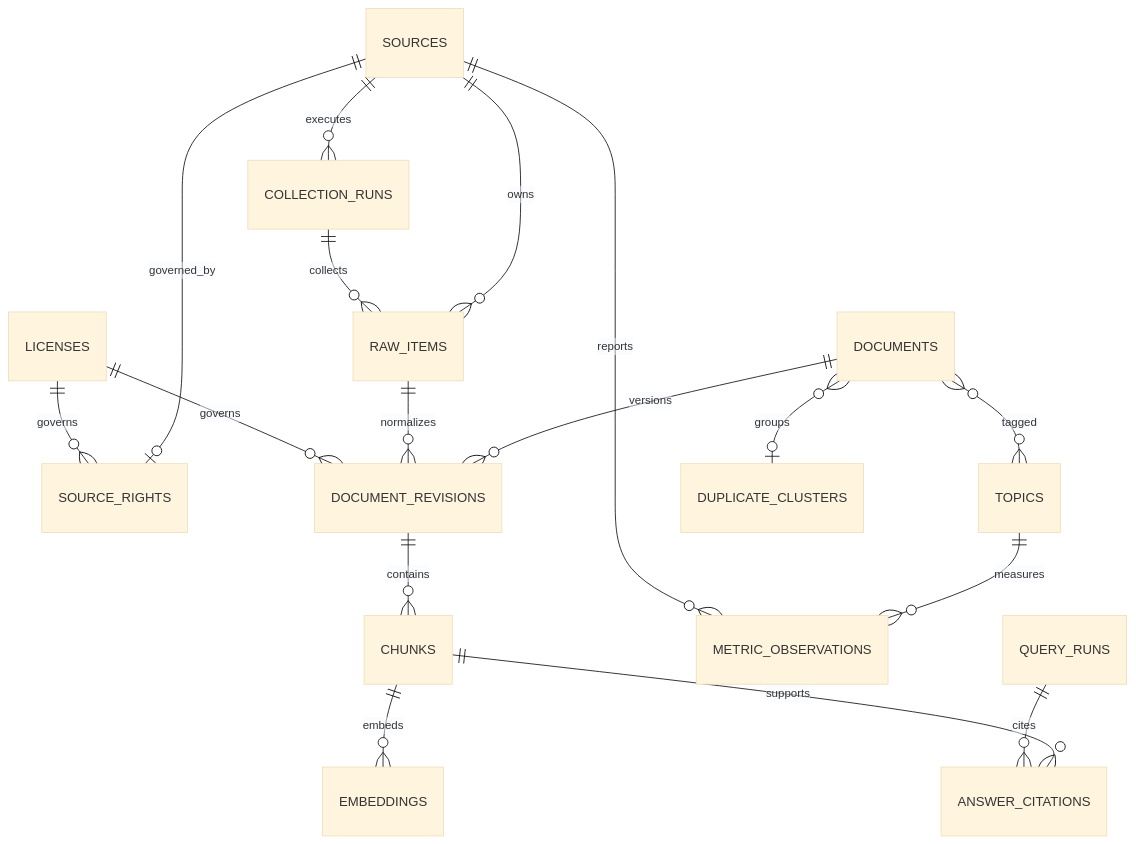
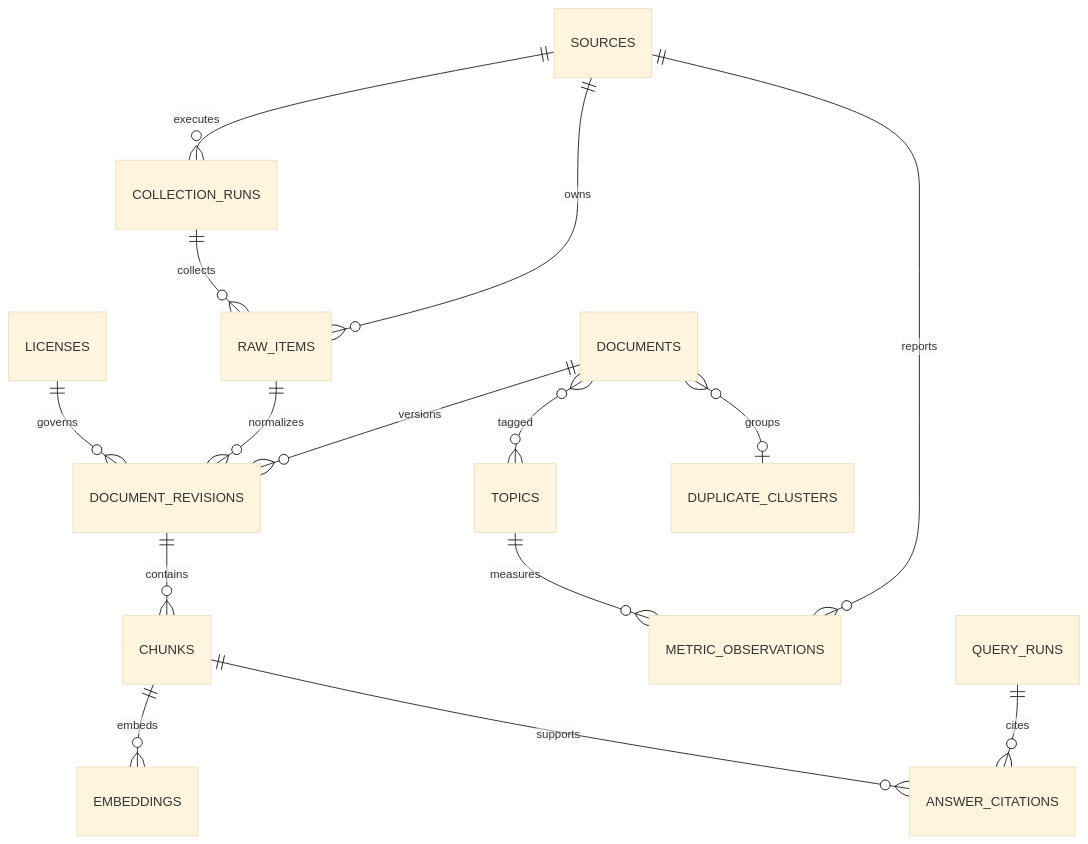
The diagram in docs/DATABASE.md (lulupang2/tech_p), drawn with Mermaid (base theme) before and after one commit. The commit also changed other lines of this file and 15 other files, not shown here.

Commit message:
docs: remove source rights/licensing documents and clean up references

````diff
--- a/docs/DATABASE.md
+++ b/docs/DATABASE.md
@@ -18,19 +18,17 @@
 ```mermaid
 erDiagram
-    LICENSES ||--o{ SOURCE_RIGHTS : governs
     LICENSES ||--o{ DOCUMENT_REVISIONS : governs
-    SOURCES ||--o| SOURCE_RIGHTS : governed_by
     SOURCES ||--o{ COLLECTION_RUNS : executes
     COLLECTION_RUNS ||--o{ RAW_ITEMS : collects
     SOURCES ||--o{ RAW_ITEMS : owns
     RAW_ITEMS ||--o{ DOCUMENT_REVISIONS : normalizes
     DOCUMENTS ||--o{ DOCUMENT_REVISIONS : versions
     DOCUMENT_REVISIONS ||--o{ CHUNKS : contains
     CHUNKS ||--o{ EMBEDDINGS : embeds
     DOCUMENTS }o--o{ TOPICS : tagged
     DOCUMENTS }o--o| DUPLICATE_CLUSTERS : groups
     SOURCES ||--o{ METRIC_OBSERVATIONS : reports
     TOPICS ||--o{ METRIC_OBSERVATIONS : measures
     QUERY_RUNS ||--o{ ANSWER_CITATIONS : cites
     CHUNKS ||--o{ ANSWER_CITATIONS : supports
 ```
````
